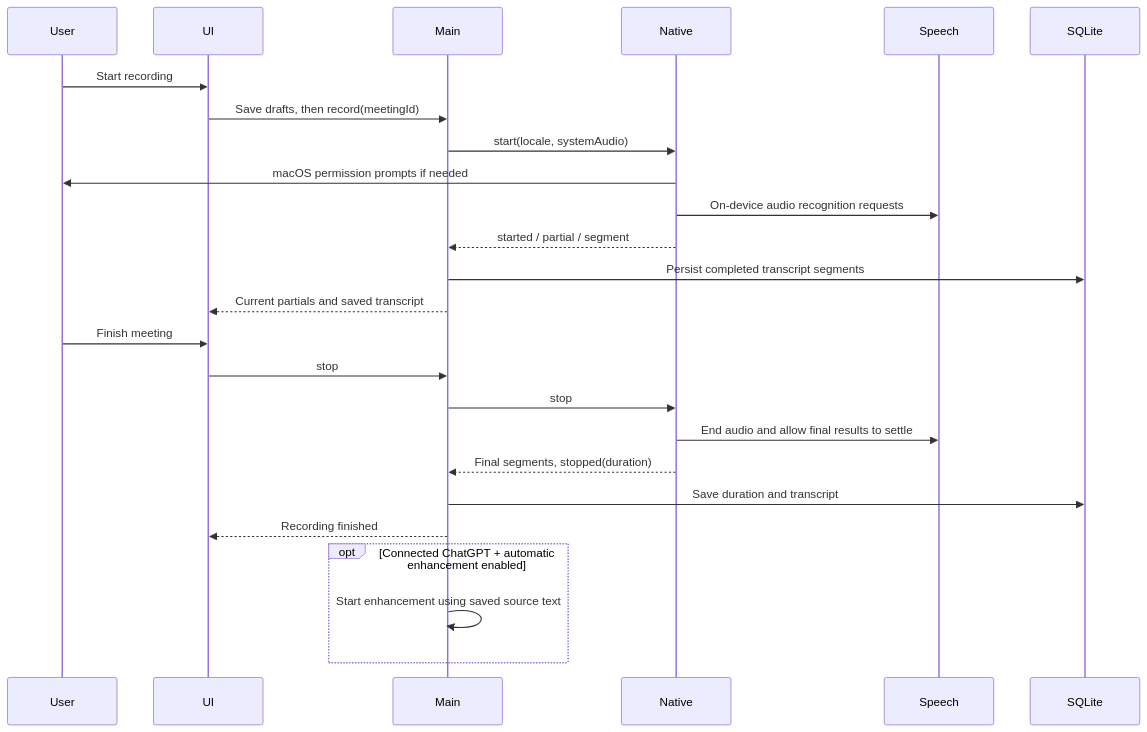
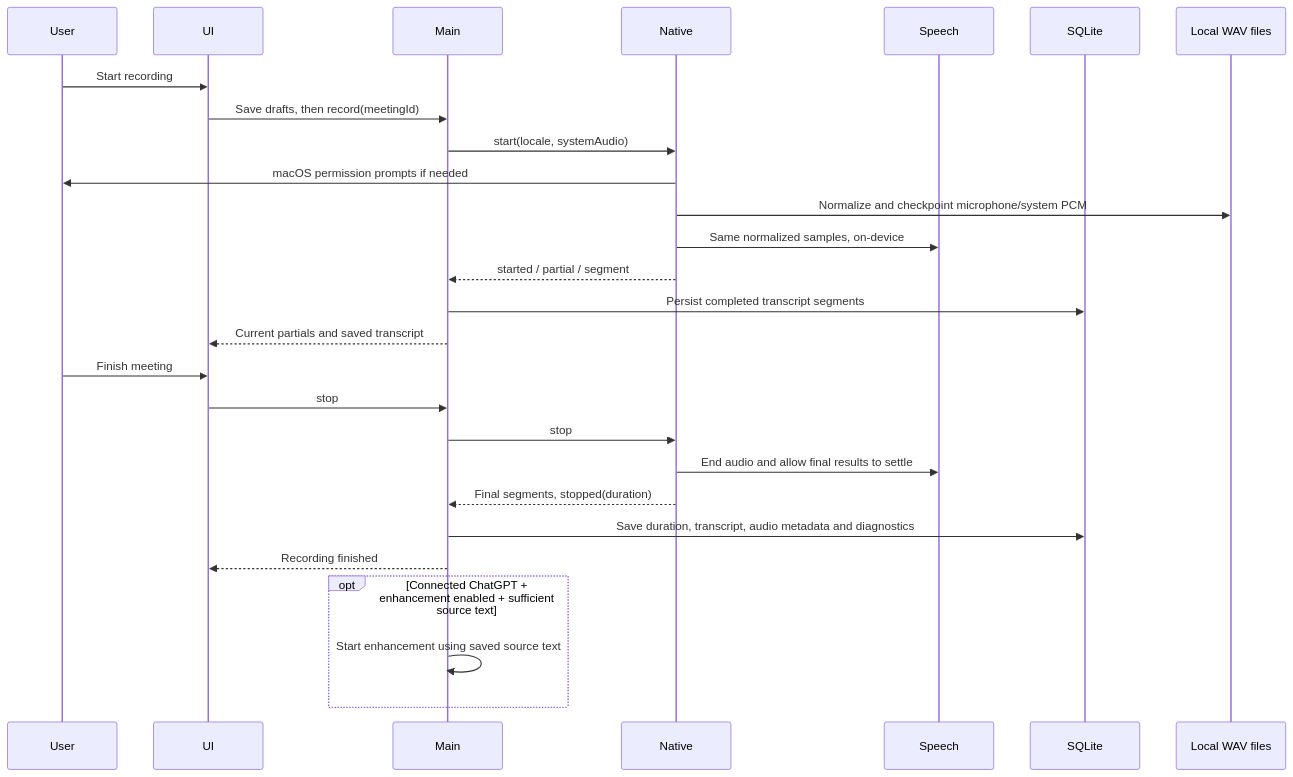
The second of 2 diagrams in docs/ARCHITECTURE.md (Michael-Ma/stillnote), drawn with Mermaid before and after one commit. The commit also changed other lines of this file and 35 other files, not shown here.

````diff
--- a/docs/ARCHITECTURE.md
+++ b/docs/ARCHITECTURE.md
@@ -82,27 +91,29 @@
 ```mermaid
 sequenceDiagram
     participant User
     participant UI
     participant Main
     participant Native
     participant Speech
     participant DB as SQLite
+    participant Audio as Local WAV files
     User->>UI: Start recording
     UI->>Main: Save drafts, then record(meetingId)
     Main->>Native: start(locale, systemAudio)
     Native->>User: macOS permission prompts if needed
-    Native->>Speech: On-device audio recognition requests
+    Native->>Audio: Normalize and checkpoint microphone/system PCM
+    Native->>Speech: Same normalized samples, on-device
     Native-->>Main: started / partial / segment
     Main->>DB: Persist completed transcript segments
     Main-->>UI: Current partials and saved transcript
     User->>UI: Finish meeting
     UI->>Main: stop
     Main->>Native: stop
     Native->>Speech: End audio and allow final results to settle
     Native-->>Main: Final segments, stopped(duration)
-    Main->>DB: Save duration and transcript
+    Main->>DB: Save duration, transcript, audio metadata and diagnostics
     Main-->>UI: Recording finished
-    opt Connected ChatGPT + automatic enhancement enabled
+    opt Connected ChatGPT + enhancement enabled + sufficient source text
       Main->>Main: Start enhancement using saved source text
     end
 ```
````
